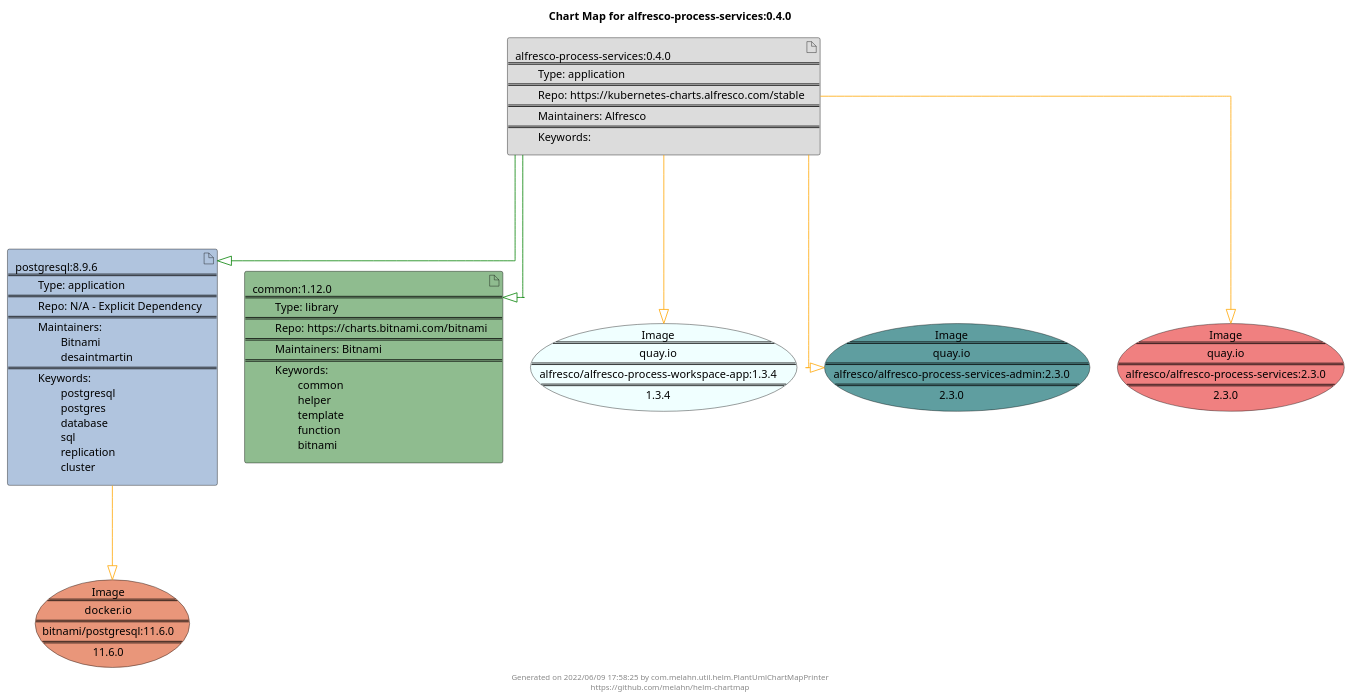
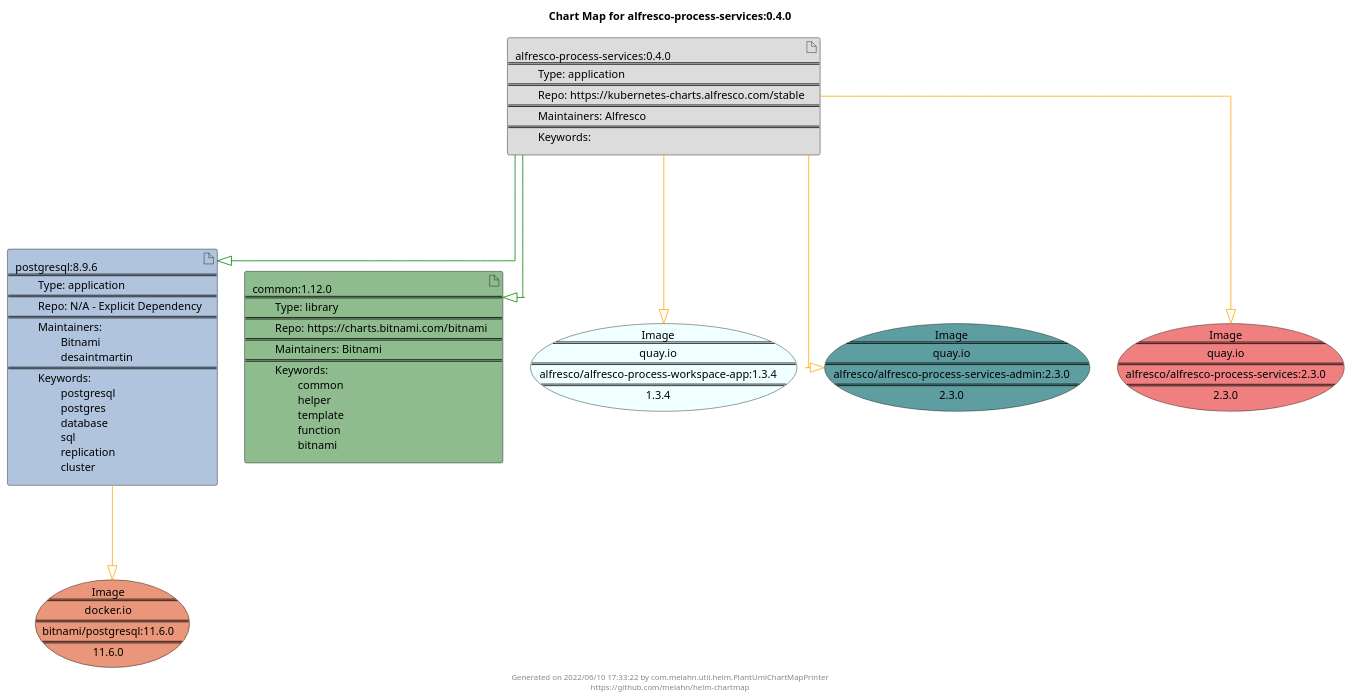
One commit to melahn/helm-chartmap changed the diagram in docs/alfresco-process-services/alfresco-process-services-0.4.0.puml. Above: the diagram before and after it, drawn with PlantUML. The commit also changed 58 other files, not shown here.

Commit message:
Update Example Chart Maps as part of GitHub build

```diff
--- a/docs/alfresco-process-services/alfresco-process-services-0.4.0.puml
+++ b/docs/alfresco-process-services/alfresco-process-services-0.4.0.puml
@@ -1,31 +1,31 @@
 @startuml
 skinparam linetype ortho
 skinparam backgroundColor white
 skinparam usecaseBorderColor black
 skinparam usecaseArrowColor LightSlateGray
 skinparam artifactBorderColor black
 skinparam artifactArrowColor LightSlateGray
 
 title Chart Map for alfresco-process-services:0.4.0
 
 'There are 3 referenced Helm Charts
 artifact "alfresco-process-services:0.4.0\n====\n\tType: application\n====\n\tRepo: https://kubernetes-charts.alfresco.com/stable\n====\n\tMaintainers: Alfresco\n====\n\tKeywords: " as alfresco_process_services_0_4_0 #Gainsboro
 artifact "postgresql:8.9.6\n====\n\tType: application\n====\n\tRepo: N/A - Explicit Dependency\n====\n\tMaintainers: \n\t\tBitnami\n\t\tdesaintmartin\n====\n\tKeywords: \n\t\tpostgresql\n\t\tpostgres\n\t\tdatabase\n\t\tsql\n\t\treplication\n\t\tcluster" as postgresql_8_9_6 #LightSteelBlue
 artifact "common:1.12.0\n====\n\tType: library\n====\n\tRepo: https://charts.bitnami.com/bitnami\n====\n\tMaintainers: Bitnami\n====\n\tKeywords: \n\t\tcommon\n\t\thelper\n\t\ttemplate\n\t\tfunction\n\t\tbitnami" as common_1_12_0 #DarkSeaGreen
 
 'There are 4 referenced Docker Images
 usecase "Image\n====\nquay.io\n====\nalfresco/alfresco-process-workspace-app:1.3.4\n====\n1.3.4" as quay_io_alfresco_alfresco_process_workspace_app_1_3_4 #Azure
 usecase "Image\n====\nquay.io\n====\nalfresco/alfresco-process-services-admin:2.3.0\n====\n2.3.0" as quay_io_alfresco_alfresco_process_services_admin_2_3_0 #CadetBlue
 usecase "Image\n====\ndocker.io\n====\nbitnami/postgresql:11.6.0\n====\n11.6.0" as docker_io_bitnami_postgresql_11_6_0 #DarkSalmon
 usecase "Image\n====\nquay.io\n====\nalfresco/alfresco-process-services:2.3.0\n====\n2.3.0" as quay_io_alfresco_alfresco_process_services_2_3_0 #LightCoral
 
 'Chart Dependencies
 alfresco_process_services_0_4_0--[#green]-|>postgresql_8_9_6
 alfresco_process_services_0_4_0--[#green]-|>common_1_12_0
 alfresco_process_services_0_4_0--[#orange]-|>quay_io_alfresco_alfresco_process_services_admin_2_3_0
 alfresco_process_services_0_4_0--[#orange]-|>quay_io_alfresco_alfresco_process_workspace_app_1_3_4
 alfresco_process_services_0_4_0--[#orange]-|>quay_io_alfresco_alfresco_process_services_2_3_0
 postgresql_8_9_6--[#orange]-|>docker_io_bitnami_postgresql_11_6_0
 
-center footer Generated on 2022/06/09 17:58:25 by com.melahn.util.helm.PlantUmlChartMapPrinter\nhttps://github.com/melahn/helm-chartmap
+center footer Generated on 2022/06/10 17:33:22 by com.melahn.util.helm.PlantUmlChartMapPrinter\nhttps://github.com/melahn/helm-chartmap
 @enduml
```
